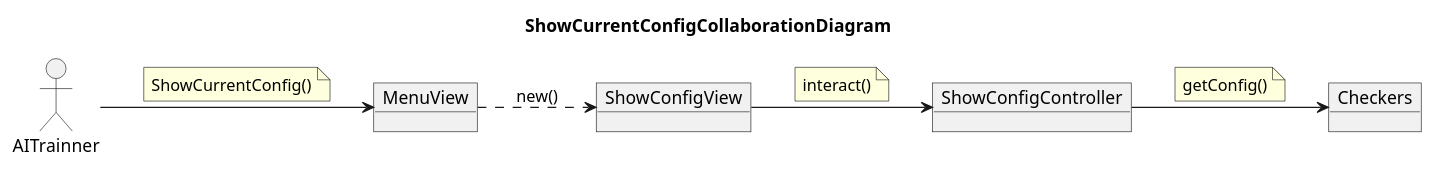
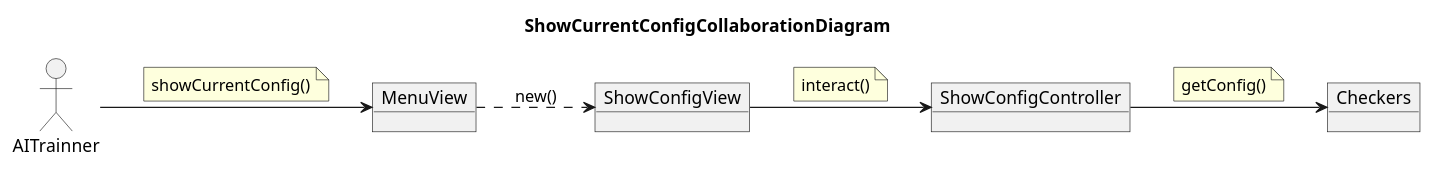
The diagram in docs/src/analysis/use-cases/showCurrentConfig-colab.plantuml (Master-Desarrollo-20-21/patrones-diseno---practica-final---juego-de-las-damas-fraylopez), drawn with PlantUML before and after one commit.

Commit message:
lowercase on methods

```diff
--- a/docs/src/analysis/use-cases/showCurrentConfig-colab.plantuml
+++ b/docs/src/analysis/use-cases/showCurrentConfig-colab.plantuml
@@ -1,28 +1,28 @@
 @startuml ShowCurrentConfigCollaborationDiagram
 title ShowCurrentConfigCollaborationDiagram
 left to right direction
 
 allow_mixing
 actor AITrainner
 object MenuView
 object ShowConfigView
 AITrainner --> MenuView
 note on link
-ShowCurrentConfig()
+showCurrentConfig()
 end note
 
 MenuView ..> ShowConfigView : new()
 
 
 object ShowConfigController
 ShowConfigView --> ShowConfigController
 note on link
 interact()
 end note
 
 object Checkers
 ShowConfigController --> Checkers
 note on link
 getConfig()
 end note
 @enduml
```
